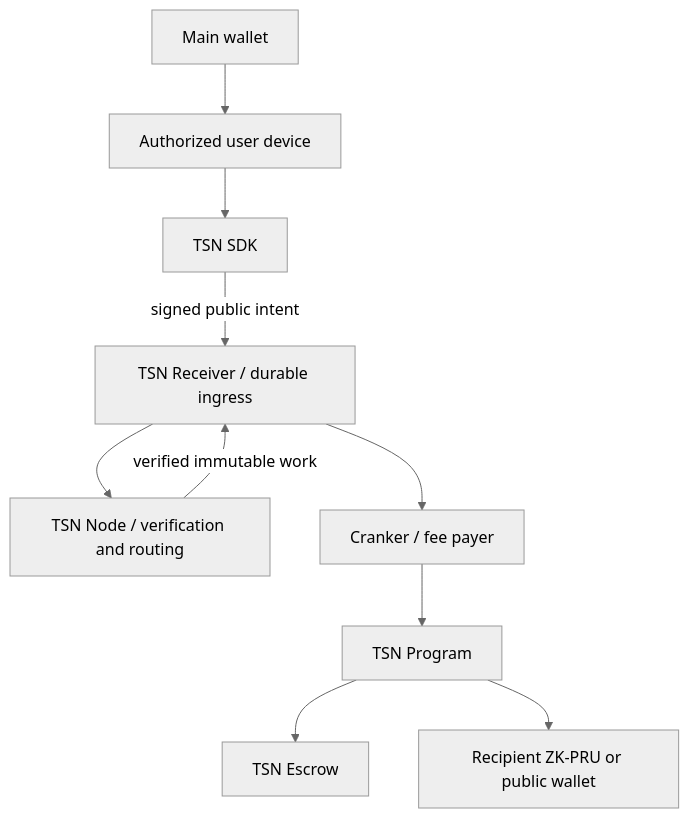
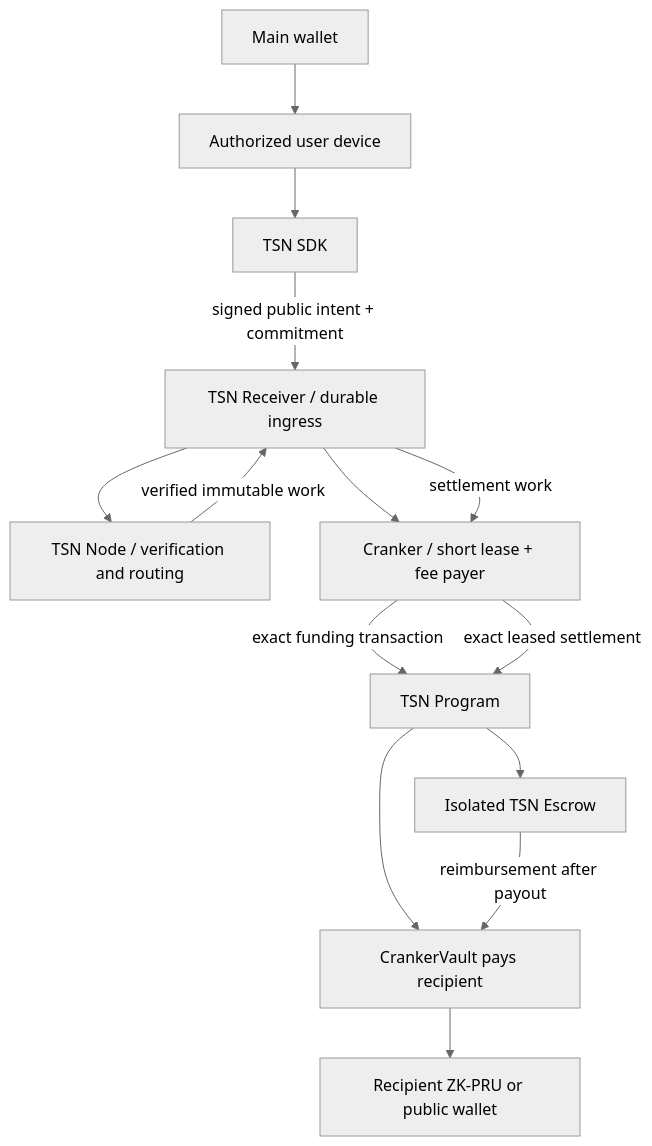
One commit to bigdreamsweb3/trustlink-pay changed the first of 3 diagrams in docs/TSN-FINAL-ARCHITECTURE.md. Above: the diagram before and after it, drawn with Mermaid (neutral theme). The commit also changed other lines of this file and 11 other files, not shown here.

````diff
--- a/docs/TSN-FINAL-ARCHITECTURE.md
+++ b/docs/TSN-FINAL-ARCHITECTURE.md
@@ -14,12 +14,16 @@
 ```mermaid
 flowchart TD
   W["Main wallet"] --> D["Authorized user device"]
   D --> SDK["TSN SDK"]
-  SDK -->|"signed public intent"| R["TSN Receiver / durable ingress"]
+  SDK -->|"signed public intent + commitment"| R["TSN Receiver / durable ingress"]
   R --> N["TSN Node / verification and routing"]
   N -->|"verified immutable work"| R
-  R --> C["Cranker / fee payer"]
-  C --> P["TSN Program"]
-  P --> E["TSN Escrow"]
-  P --> Z["Recipient ZK-PRU or public wallet"]
+  R --> C["Cranker / short lease + fee payer"]
+  C -->|"exact funding transaction"| P["TSN Program"]
+  P --> E["Isolated TSN Escrow"]
+  R -->|"settlement work"| C
+  C -->|"exact leased settlement"| P
+  P --> CV["CrankerVault pays recipient"]
+  E -->|"reimbursement after payout"| CV
+  CV --> Z["Recipient ZK-PRU or public wallet"]
 ```
````
